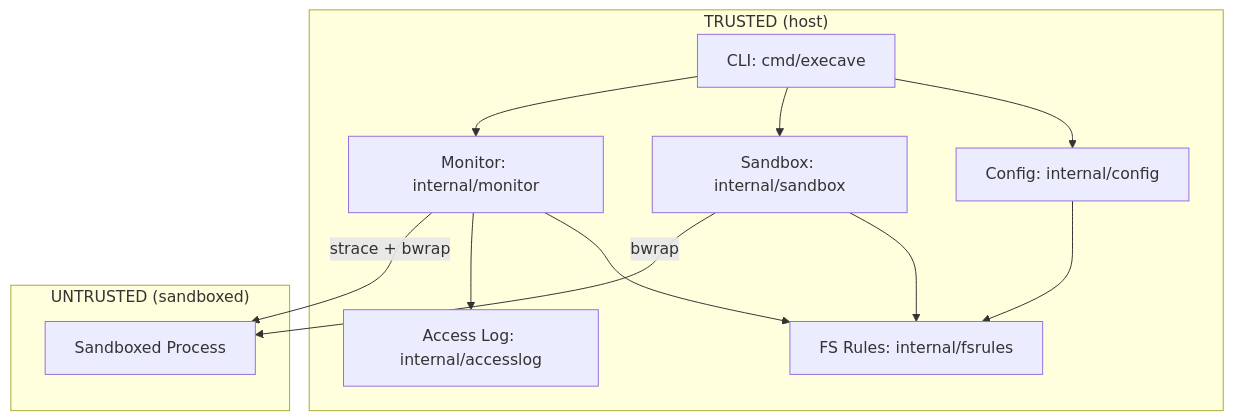
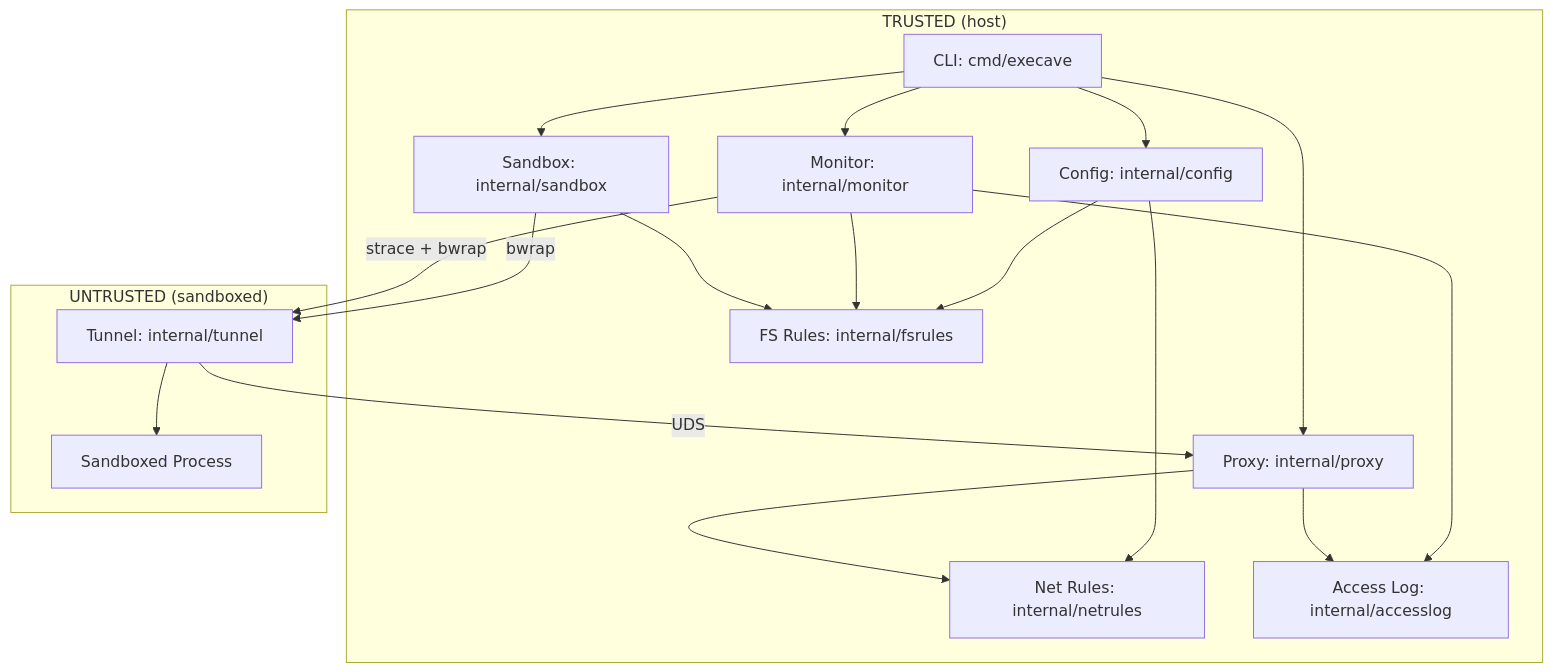
Before and after one commit to nonpop/execave: the diagram in docs/architecture.md, drawn with Mermaid. The commit also changed other lines of this file and 53 other files, not shown here.

````diff
--- a/docs/architecture.md
+++ b/docs/architecture.md
@@ -5,25 +5,34 @@
 ```mermaid
 flowchart TB
     subgraph Trusted["TRUSTED (host)"]
         CLI[CLI: cmd/execave]
         Config[Config: internal/config]
         FSRules[FS Rules: internal/fsrules]
+        NetRules[Net Rules: internal/netrules]
         AccessLog[Access Log: internal/accesslog]
         Sandbox[Sandbox: internal/sandbox]
         Monitor[Monitor: internal/monitor]
+        Proxy[Proxy: internal/proxy]
     end
 
     subgraph Untrusted["UNTRUSTED (sandboxed)"]
+        Tunnel[Tunnel: internal/tunnel]
         Process[Sandboxed Process]
     end
 
     CLI --> Config
     CLI --> Sandbox
     CLI --> Monitor
+    CLI --> Proxy
     Config --> FSRules
+    Config --> NetRules
     Monitor --> FSRules
     Monitor --> AccessLog
+    Proxy --> NetRules
+    Proxy --> AccessLog
     Sandbox --> FSRules
-    Sandbox -->|bwrap| Process
-    Monitor -->|strace + bwrap| Process
+    Sandbox -->|bwrap| Tunnel
+    Tunnel --> Process
+    Tunnel -->|UDS| Proxy
+    Monitor -->|strace + bwrap| Tunnel
 ```
````
